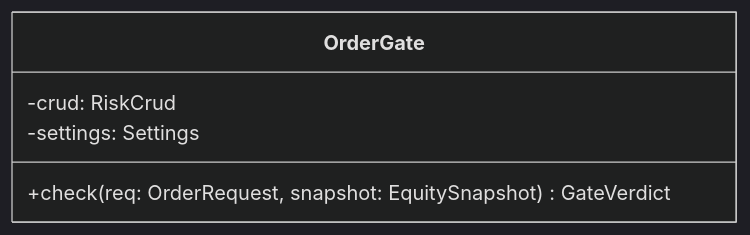
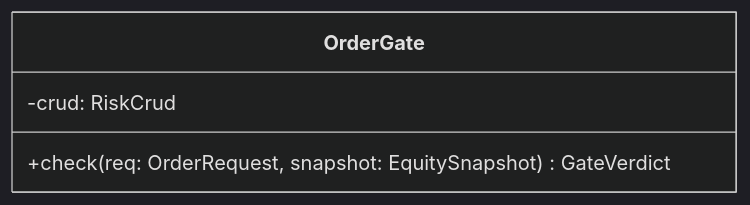
Diagram 11 of 17 in docs/specs/06-DOM/QBOT-DOM-002.md (HoyoungParkme/quant-rebalance-bot), drawn with Mermaid (dark theme) before and after one commit. The commit also changed other lines of this file, not shown here.

````diff
--- a/docs/specs/06-DOM/QBOT-DOM-002.md
+++ b/docs/specs/06-DOM/QBOT-DOM-002.md
@@ -285,8 +296,7 @@
 ```mermaid
 classDiagram
   class OrderGate {
     -crud: RiskCrud
-    -settings: Settings
     +check(req: OrderRequest, snapshot: EquitySnapshot) GateVerdict
   }
 ```
````
